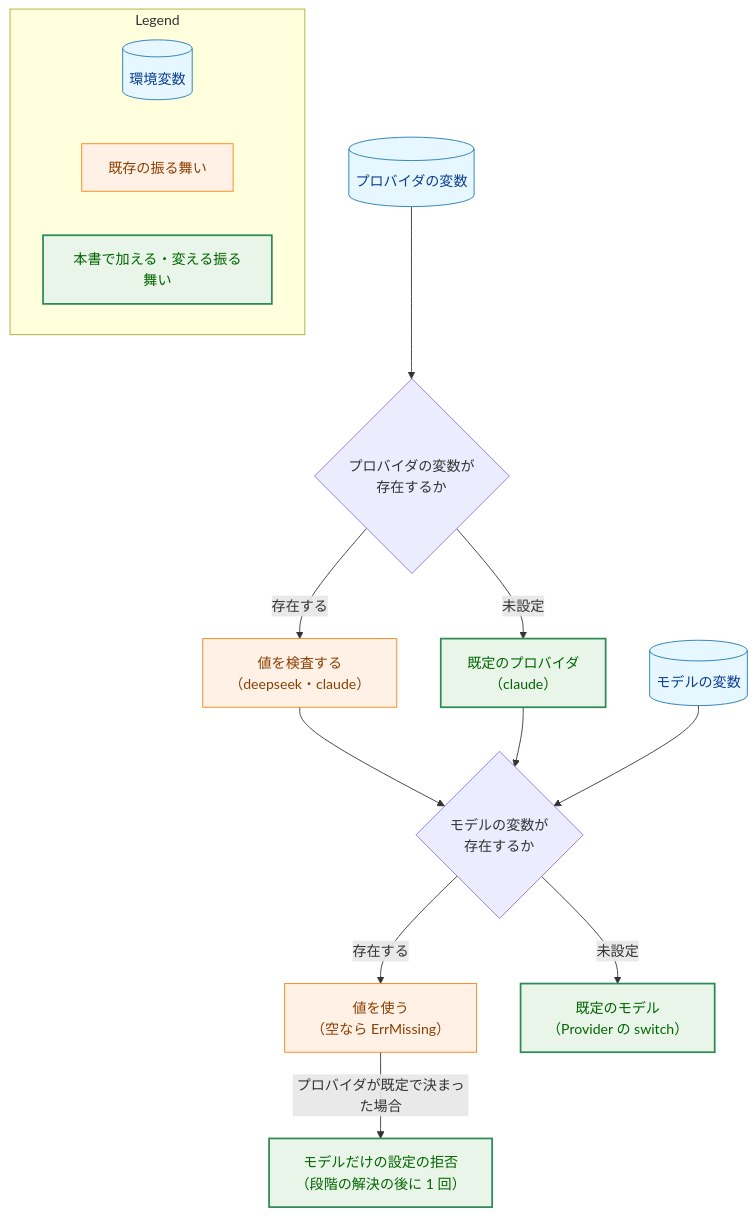
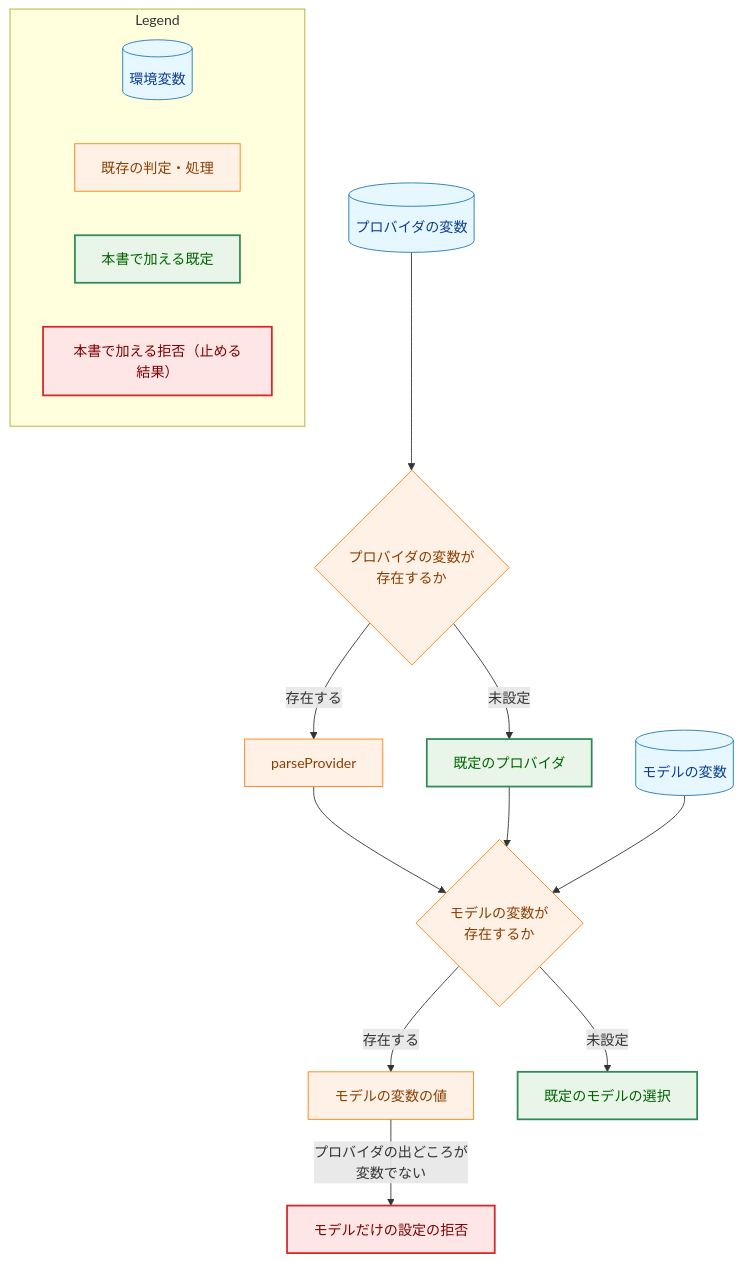
Before and after one commit to isseis/yt2column: the first of 5 diagrams in docs/tasks/0042_default_llm_opus/02_architecture.md, drawn with Mermaid. The commit also changed other lines of this file, not shown here.

First line of the commit message:
docs(0042): address architecture review and improve Japanese prose

````diff
--- a/docs/tasks/0042_default_llm_opus/02_architecture.md
+++ b/docs/tasks/0042_default_llm_opus/02_architecture.md
@@ -55,41 +59,43 @@
 ```mermaid
 flowchart TD
     classDef data fill:#e6f7ff,stroke:#1f77b4,stroke-width:1px,color:#0b3d91;
     classDef process fill:#fff1e6,stroke:#ff7f0e,stroke-width:1px,color:#8a3e00;
     classDef enhanced fill:#e8f5e8,stroke:#2e8b57,stroke-width:2px,color:#006400;
     classDef problem fill:#ffe6e6,stroke:#d62728,stroke-width:2px,color:#7b0000;
 
     PV[("プロバイダの変数")]
     MV[("モデルの変数")]
     PQ{"プロバイダの変数が<br>存在するか"}
-    PP["値を検査する<br>（deepseek・claude）"]
-    PD["既定のプロバイダ<br>（claude）"]
+    PP["parseProvider"]
+    PD["既定のプロバイダ"]
     MQ{"モデルの変数が<br>存在するか"}
-    MP["値を使う<br>（空なら ErrMissing）"]
-    MD["既定のモデル<br>（Provider の switch）"]
-    F4["モデルだけの設定の拒否<br>（段階の解決の後に 1 回）"]
+    MP["モデルの変数の値"]
+    MD["既定のモデルの選択"]
+    F4["モデルだけの設定の拒否"]
 
     PV --> PQ
     PQ -->|"存在する"| PP
     PQ -->|"未設定"| PD
     PP --> MQ
     PD --> MQ
     MV --> MQ
     MQ -->|"存在する"| MP
     MQ -->|"未設定"| MD
-    MP -->|"プロバイダが既定で決まった場合"| F4
+    MP -->|"プロバイダの出どころが<br>変数でない"| F4
 
     class PV,MV data
-    class PP,MP process
+    class PQ,MQ,PP,MP process
     class PD,MD enhanced
-    class F4 enhanced
+    class F4 problem
 
     subgraph Legend["Legend"]
         L1[("環境変数")]
-        L2["既存の振る舞い"]
-        L3["本書で加える・変える振る舞い"]
+        L2["既存の判定・処理"]
+        L3["本書で加える既定"]
+        L4["本書で加える拒否（止める結果）"]
     end
     class L1 data
     class L2 process
     class L3 enhanced
+    class L4 problem
 ```
````
